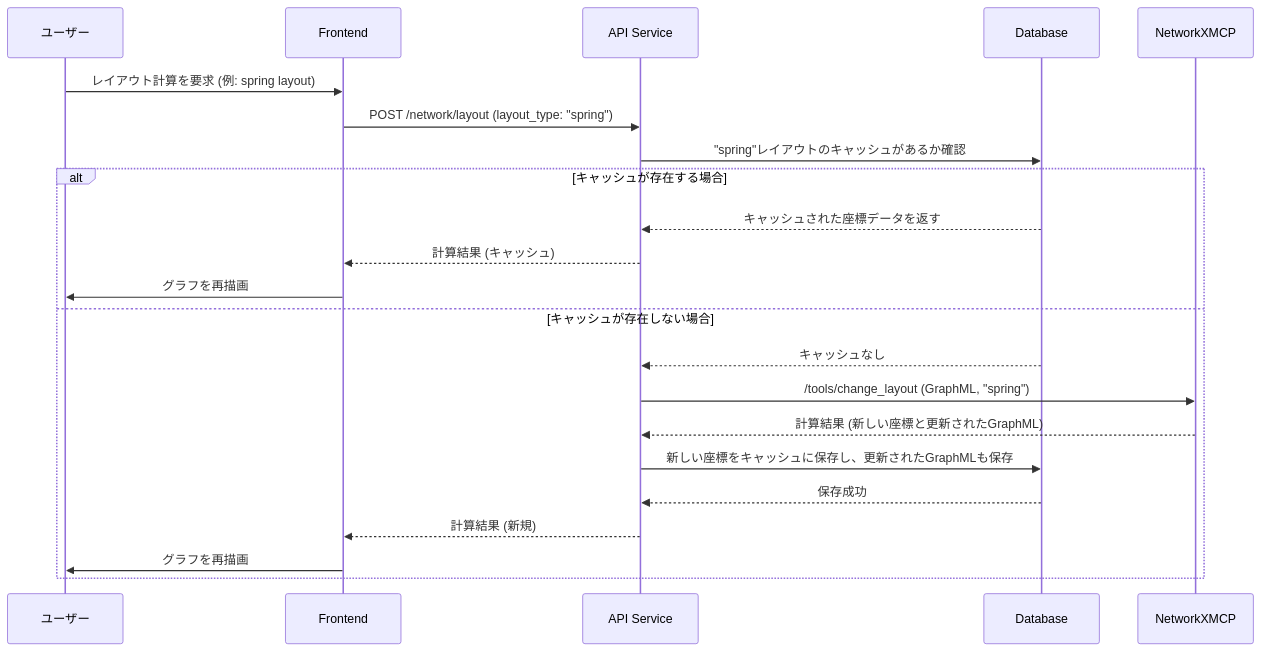
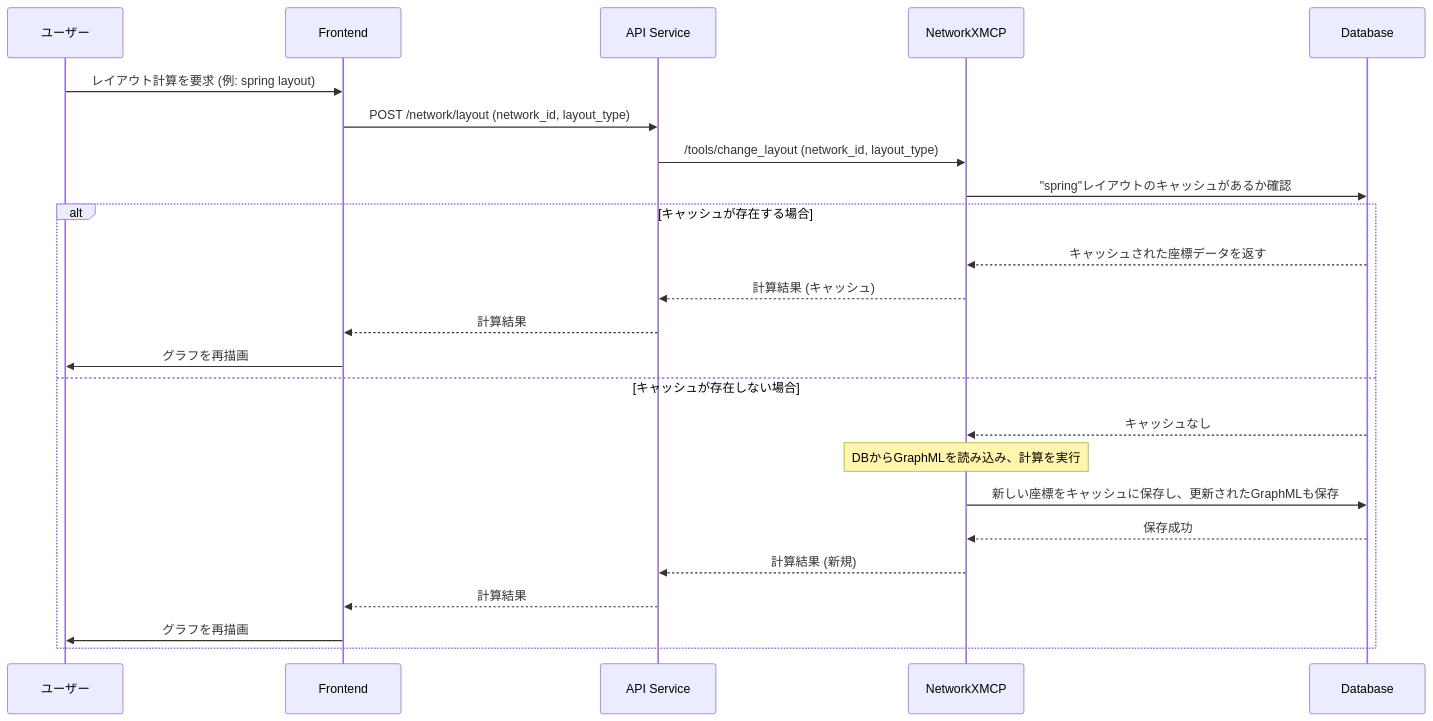
One commit to vdslab/LLMGraphvis changed the fifth of 8 diagrams in specification/architecture.md. Above: the diagram before and after it, drawn with Mermaid. The commit also changed other lines of this file and 2 other files, not shown here.

Commit message:
feat: Update architecture and backend documentation to clarify the role of NetworkXMCP and enhance data flow descriptions

````diff
--- a/specification/architecture.md
+++ b/specification/architecture.md
@@ -144,27 +145,29 @@
 ```mermaid
 sequenceDiagram
     participant U as ユーザー
     participant F as Frontend
     participant B as API Service
+    participant N as NetworkXMCP
     participant DB as Database
-    participant N as NetworkXMCP
 
     U->>F: レイアウト計算を要求 (例: spring layout)
-    F->>B: POST /network/layout (layout_type: "spring")
+    F->>B: POST /network/layout (network_id, layout_type)
 
-    B->>DB: "spring"レイアウトのキャッシュがあるか確認
+    B->>N: /tools/change_layout (network_id, layout_type)
+    N->>DB: "spring"レイアウトのキャッシュがあるか確認
     
     alt キャッシュが存在する場合
-        DB-->>B: キャッシュされた座標データを返す
-        B-->>F: 計算結果 (キャッシュ)
+        DB-->>N: キャッシュされた座標データを返す
+        N-->>B: 計算結果 (キャッシュ)
+        B-->>F: 計算結果
         F->>U: グラフを再描画
     else キャッシュが存在しない場合
-        DB-->>B: キャッシュなし
-        B->>N: /tools/change_layout (GraphML, "spring")
-        N-->>B: 計算結果 (新しい座標と更新されたGraphML)
-        B->>DB: 新しい座標をキャッシュに保存し、更新されたGraphMLも保存
-        DB-->>B: 保存成功
-        B-->>F: 計算結果 (新規)
+        DB-->>N: キャッシュなし
+        note over N: DBからGraphMLを読み込み、計算を実行
+        N->>DB: 新しい座標をキャッシュに保存し、更新されたGraphMLも保存
+        DB-->>N: 保存成功
+        N-->>B: 計算結果 (新規)
+        B-->>F: 計算結果
         F->>U: グラフを再描画
     end
 ```
````
